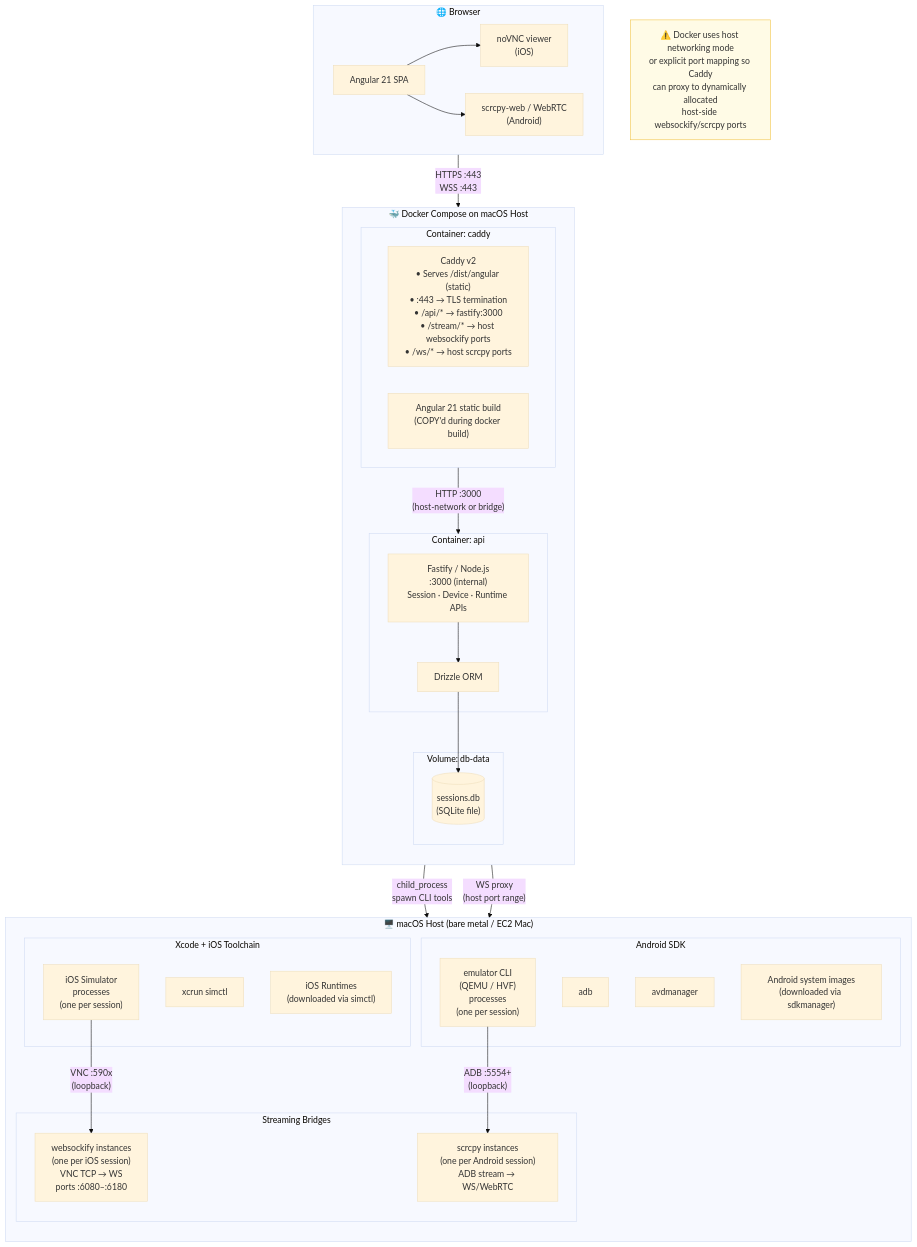
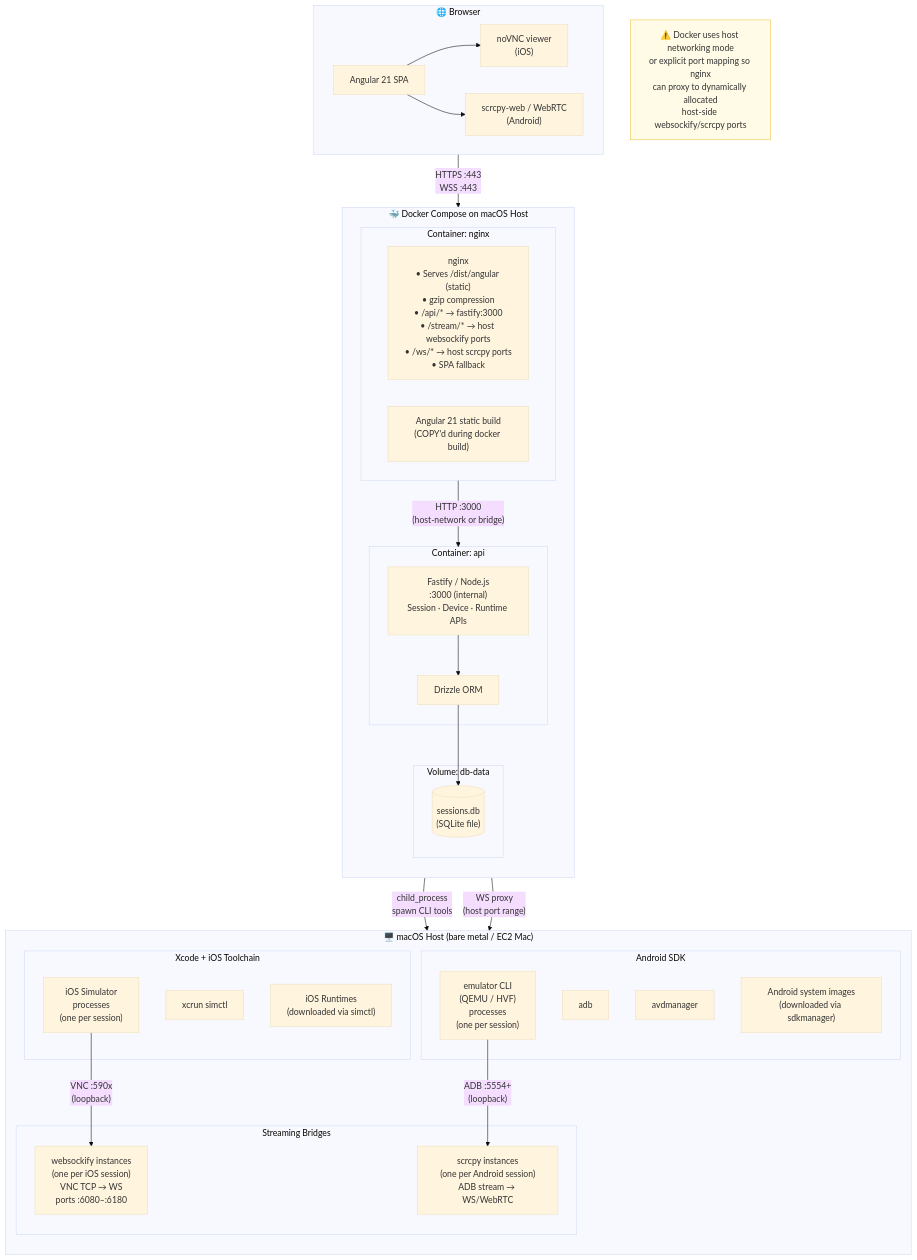
The fourth of 4 diagrams in docs/architecture/ARCHITECTURE.md (xrolfex/web-mobile-simulator), drawn with Mermaid (base theme) before and after one commit. The commit also changed other lines of this file and 36 other files, not shown here.

````diff
--- a/docs/architecture/ARCHITECTURE.md
+++ b/docs/architecture/ARCHITECTURE.md
@@ -272,64 +272,64 @@
 ```mermaid
 flowchart TB
     subgraph DockerHost["🐳 Docker Compose on macOS Host"]
         direction TB
 
-        subgraph CaddyContainer["Container: caddy"]
-            CaddyProc["Caddy v2\n• Serves /dist/angular (static)\n• :443 → TLS termination\n• /api/* → fastify:3000\n• /stream/* → host websockify ports\n• /ws/* → host scrcpy ports"]
+        subgraph NginxContainer["Container: nginx"]
+            NginxProc["nginx\n• Serves /dist/angular (static)\n• gzip compression\n• /api/* → fastify:3000\n• /stream/* → host websockify ports\n• /ws/* → host scrcpy ports\n• SPA fallback"]
             AngularBuild["Angular 21 static build\n(COPY'd during docker build)"]
         end
 
         subgraph FastifyContainer["Container: api"]
             FastifyProc["Fastify / Node.js\n:3000 (internal)\nSession · Device · Runtime APIs"]
             DrizzleORM["Drizzle ORM"]
         end
 
         subgraph DBVolume["Volume: db-data"]
             SQLiteFile[("sessions.db\n(SQLite file)")]
         end
 
         FastifyProc --> DrizzleORM
         DrizzleORM --> SQLiteFile
     end
 
     subgraph MacOSHost["🖥️ macOS Host (bare metal / EC2 Mac)"]
         direction TB
 
         subgraph XcodeLayer["Xcode + iOS Toolchain"]
             XcrunSimctl["xcrun simctl"]
             iOSRuntimes["iOS Runtimes\n(downloaded via simctl)"]
             iOSSimProcs["iOS Simulator\nprocesses\n(one per session)"]
         end
 
         subgraph AndroidLayer["Android SDK"]
             AdbProc["adb"]
             AvdManager["avdmanager"]
             EmulatorProc["emulator CLI\n(QEMU / HVF)\nprocesses\n(one per session)"]
             SystemImages["Android system images\n(downloaded via sdkmanager)"]
         end
 
         subgraph StreamingLayer["Streaming Bridges"]
             WebsockifyProcs["websockify instances\n(one per iOS session)\nVNC TCP → WS\nports :6080–:6180"]
             ScrcpyProcs["scrcpy instances\n(one per Android session)\nADB stream → WS/WebRTC"]
         end
 
         iOSSimProcs -- "VNC :590x\n(loopback)" --> WebsockifyProcs
         EmulatorProc -- "ADB :5554+\n(loopback)" --> ScrcpyProcs
     end
 
     subgraph BrowserClient["🌐 Browser"]
         AngularApp["Angular 21 SPA"]
         noVNCViewer["noVNC viewer\n(iOS)"]
         ScrcpyWebViewer["scrcpy-web / WebRTC\n(Android)"]
         AngularApp --> noVNCViewer
         AngularApp --> ScrcpyWebViewer
     end
 
-    BrowserClient -- "HTTPS :443\nWSS :443" --> CaddyContainer
-    CaddyContainer -- "HTTP :3000\n(host-network or bridge)" --> FastifyContainer
+    BrowserClient -- "HTTPS :443\nWSS :443" --> NginxContainer
+    NginxContainer -- "HTTP :3000\n(host-network or bridge)" --> FastifyContainer
     FastifyContainer -- "child_process\nspawn CLI tools" --> MacOSHost
-    CaddyContainer -- "WS proxy\n(host port range)" --> StreamingLayer
+    NginxContainer -- "WS proxy\n(host port range)" --> StreamingLayer
 
-    note1["⚠️ Docker uses host networking mode\nor explicit port mapping so Caddy\ncan proxy to dynamically allocated\nhost-side websockify/scrcpy ports"]
+    note1["⚠️ Docker uses host networking mode\nor explicit port mapping so nginx\ncan proxy to dynamically allocated\nhost-side websockify/scrcpy ports"]
     style note1 fill:#fffbe6,stroke:#f0c040,color:#333
 ```
````
